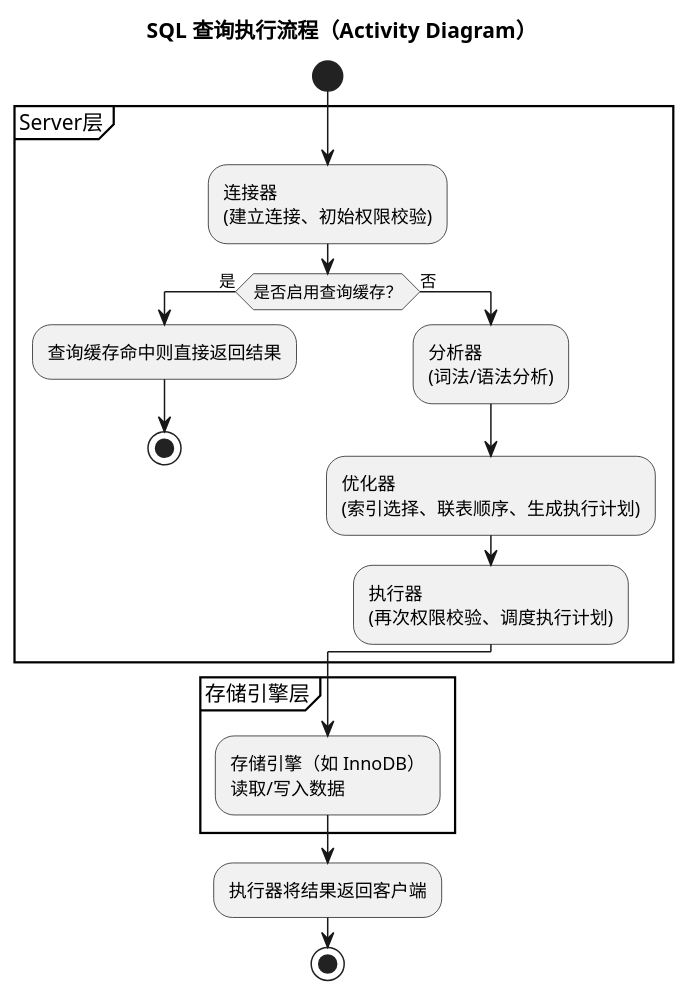
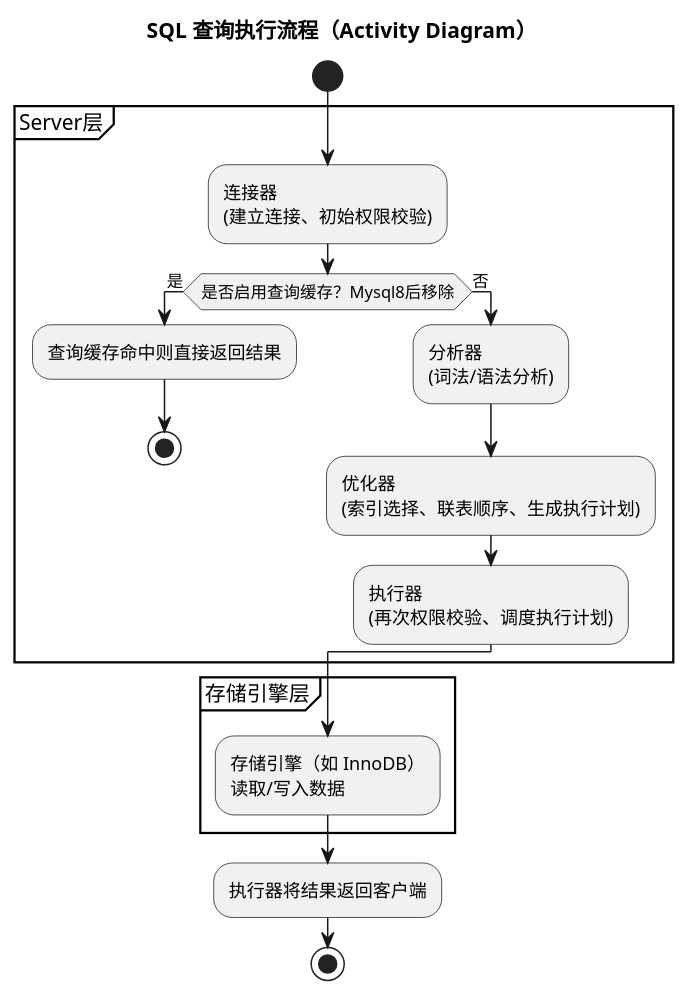
One commit to AC-AntonioChen/obsidian_study_note changed the diagram in 01-学习/02_训练营/02_MySQL专项/未命名.md. Above: the diagram before and after it, drawn with PlantUML.

Commit message:
vault backup from android: 2025-12-17 19:26:14

````diff
--- a/01-学习/02_训练营/02_MySQL专项/未命名.md
+++ b/01-学习/02_训练营/02_MySQL专项/未命名.md
@@ -1,28 +1,28 @@
 ```plantuml
 @startuml
 title SQL 查询执行流程（Activity Diagram）
 
 start
 
 partition "Server层" {
   :连接器\n(建立连接、初始权限校验);
-  if (是否启用查询缓存？) then (是)
+  if (是否启用查询缓存？Mysql8后移除) then (是)
     :查询缓存命中则直接返回结果;
     stop
   else (否)
     :分析器\n(词法/语法分析);
     :优化器\n(索引选择、联表顺序、生成执行计划);
     :执行器\n(再次权限校验、调度执行计划);
   endif
 }
 
 partition "存储引擎层" {
   :存储引擎（如 InnoDB）\n读取/写入数据;
 }
 
 :执行器将结果返回客户端;
 
 stop
 @enduml
 
 ```
````
